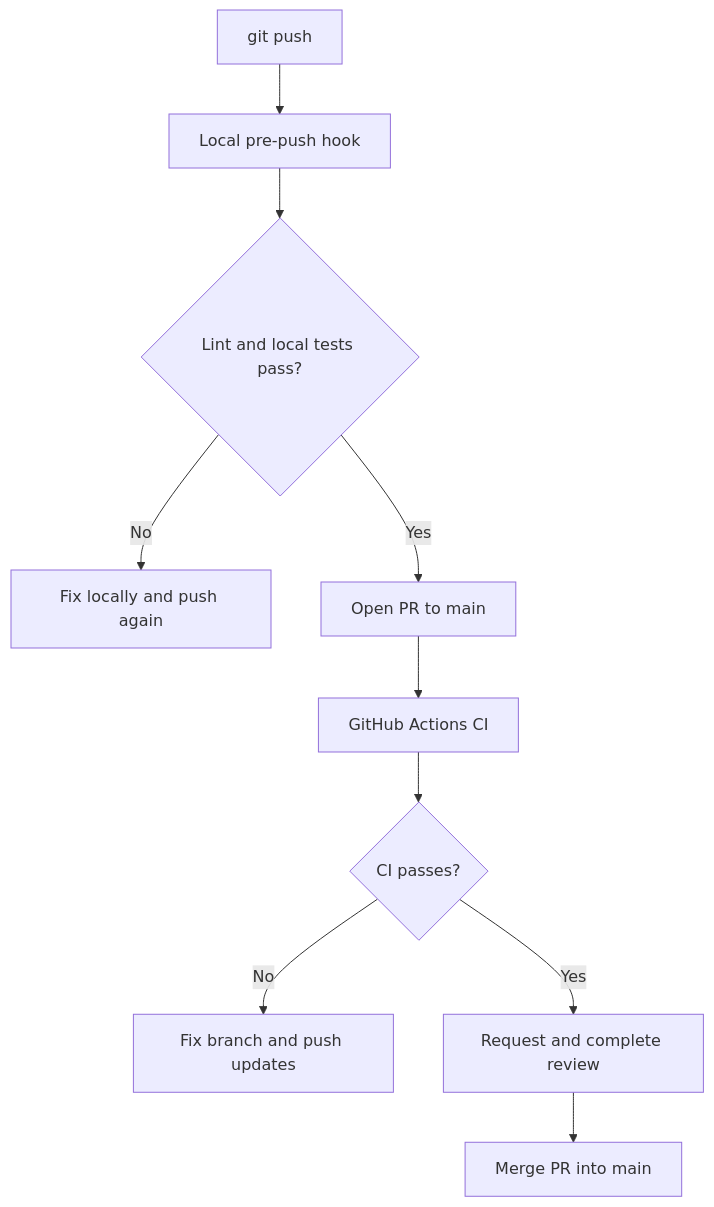
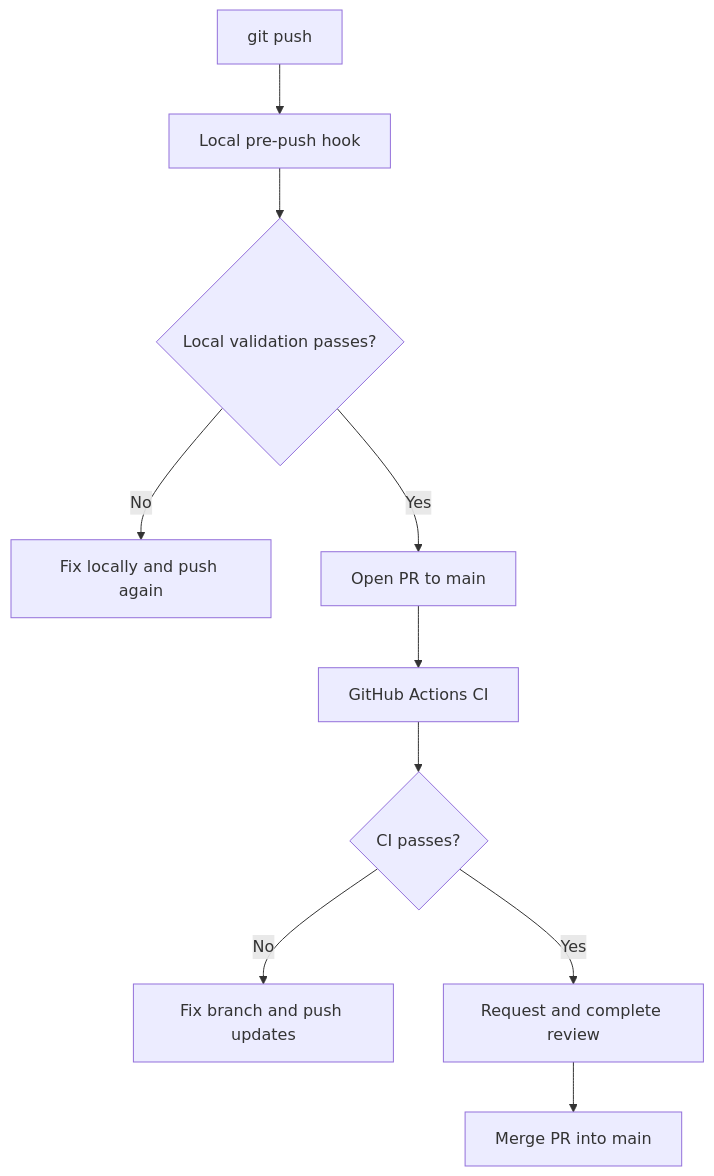
One commit to aferamb/analizador_sintactico changed the third of 3 diagrams in CONTRIBUTING.md. Above: the diagram before and after it, drawn with Mermaid. The commit also changed other lines of this file and 13 other files, not shown here.

Commit message:
chore: Actualizar test flujo y documentación, También pequeño cambio en un diagrama

````diff
--- a/CONTRIBUTING.md
+++ b/CONTRIBUTING.md
@@ -136,12 +139,12 @@
 ```mermaid
 flowchart TD
     A[git push] --> B[Local pre-push hook]
-    B --> C{Lint and local tests pass?}
+    B --> C{Local validation passes?}
     C -- No --> D[Fix locally and push again]
     C -- Yes --> E[Open PR to main]
     E --> F[GitHub Actions CI]
     F --> G{CI passes?}
     G -- No --> H[Fix branch and push updates]
     G -- Yes --> I[Request and complete review]
     I --> J[Merge PR into main]
 ```
````
